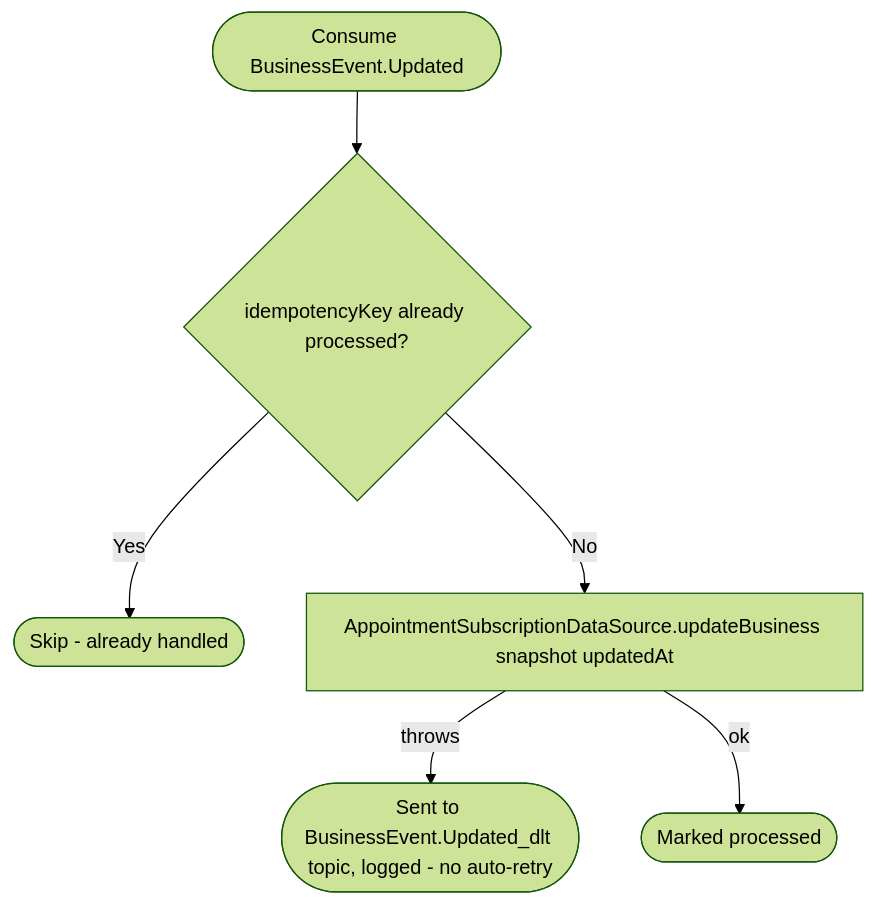
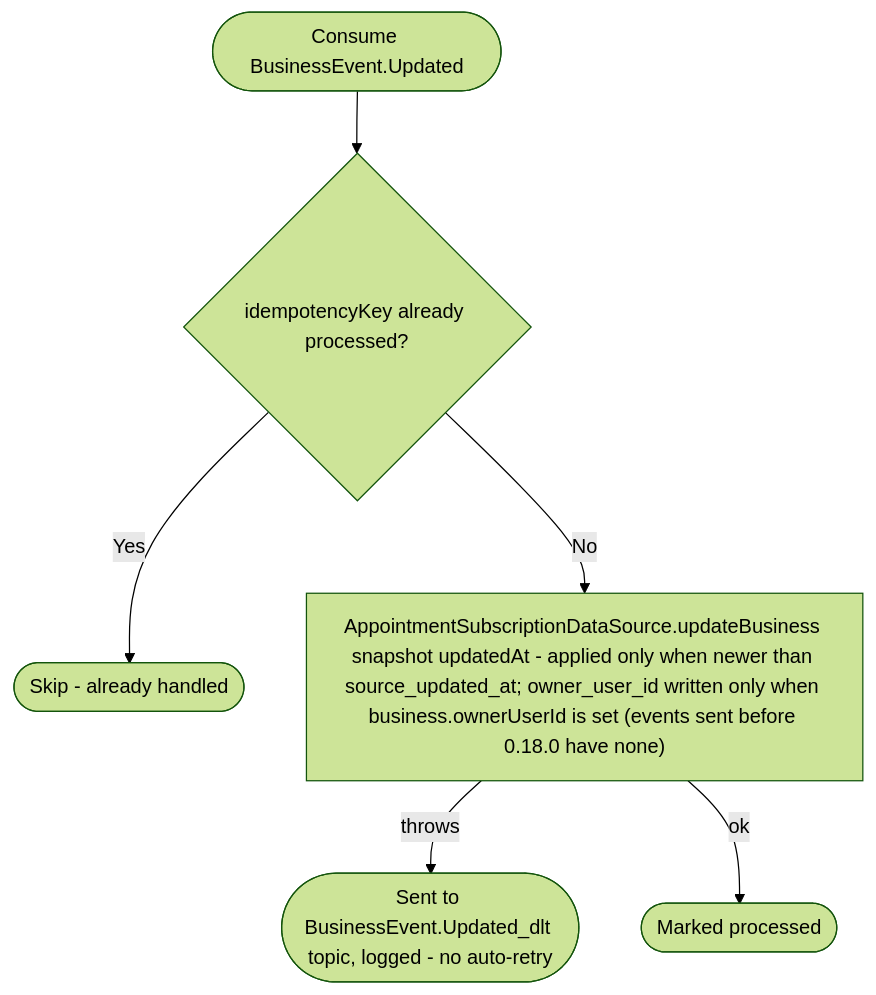
The diagram in docs/operations/appointments/on-business-updated.md (nocturneproperties/bookkme), drawn with Mermaid (forest theme) before and after one commit. The commit also changed other lines of this file and 40 other files, not shown here.

Commit message:
[ISSUE-157] ownerId for appointment service

````diff
--- a/docs/operations/appointments/on-business-updated.md
+++ b/docs/operations/appointments/on-business-updated.md
@@ -10,8 +17,8 @@
 ```mermaid
 flowchart TD
     Start([Consume BusinessEvent.Updated]) --> Dedup{idempotencyKey already processed?}
     Dedup -- Yes --> Skip([Skip - already handled])
-    Dedup -- No --> Update[AppointmentSubscriptionDataSource.updateBusiness snapshot updatedAt]
+    Dedup -- No --> Update["AppointmentSubscriptionDataSource.updateBusiness snapshot updatedAt - applied only when newer than source_updated_at; owner_user_id written only when business.ownerUserId is set (events sent before 0.18.0 have none)"]
     Update -- throws --> Dlt([Sent to BusinessEvent.Updated_dlt topic, logged - no auto-retry])
     Update -- ok --> Ack([Marked processed])
 ```
````
